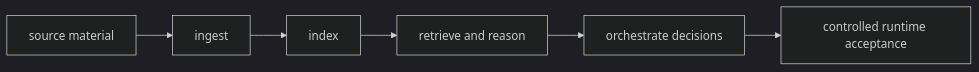
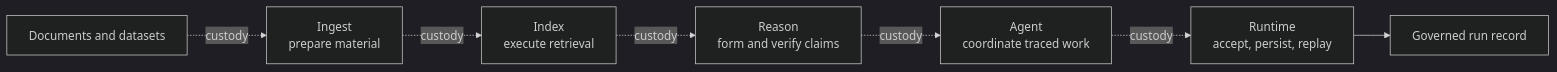
One commit to bijux/bijux.github.io changed the first of 2 diagrams in docs/04-projects/bijux-canon/index.md. Above: the diagram before and after it, drawn with Mermaid (dark theme). The commit also changed other lines of this file, not shown here.

Commit message:
docs(canon): expose knowledge custody and integration limits

````diff
--- a/docs/04-projects/bijux-canon/index.md
+++ b/docs/04-projects/bijux-canon/index.md
@@ -40,8 +30,17 @@
 ```mermaid
-graph LR
-    sources["source material"] --> ingest["ingest"]
-    ingest --> index["index"]
-    index --> reasoning["retrieve and reason"]
-    reasoning --> orchestration["orchestrate decisions"]
-    orchestration --> runtime["controlled runtime acceptance"]
+flowchart LR
+    source["Documents and datasets"]
+    ingest["Ingest<br/>prepare material"]
+    index["Index<br/>execute retrieval"]
+    reason["Reason<br/>form and verify claims"]
+    agent["Agent<br/>coordinate traced work"]
+    runtime["Runtime<br/>accept, persist, replay"]
+    record["Governed run record"]
+
+    source -. custody .-> ingest
+    ingest -. custody .-> index
+    index -. custody .-> reason
+    reason -. custody .-> agent
+    agent -. custody .-> runtime
+    runtime --> record
 ```
````
